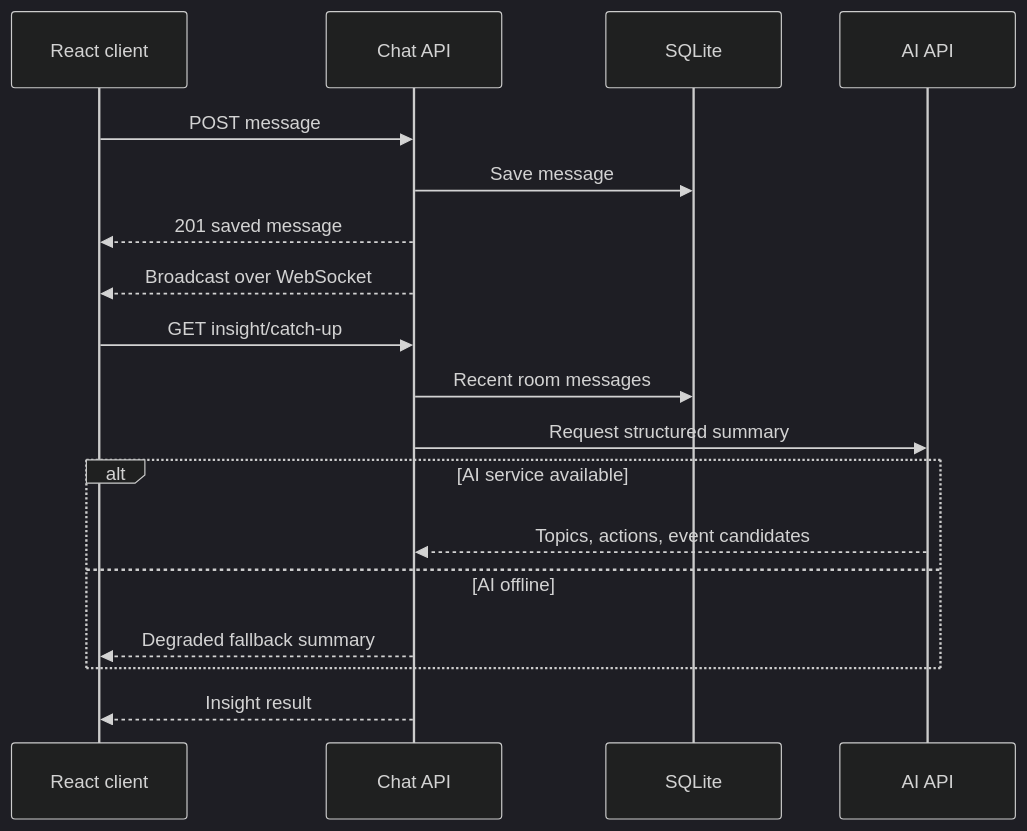
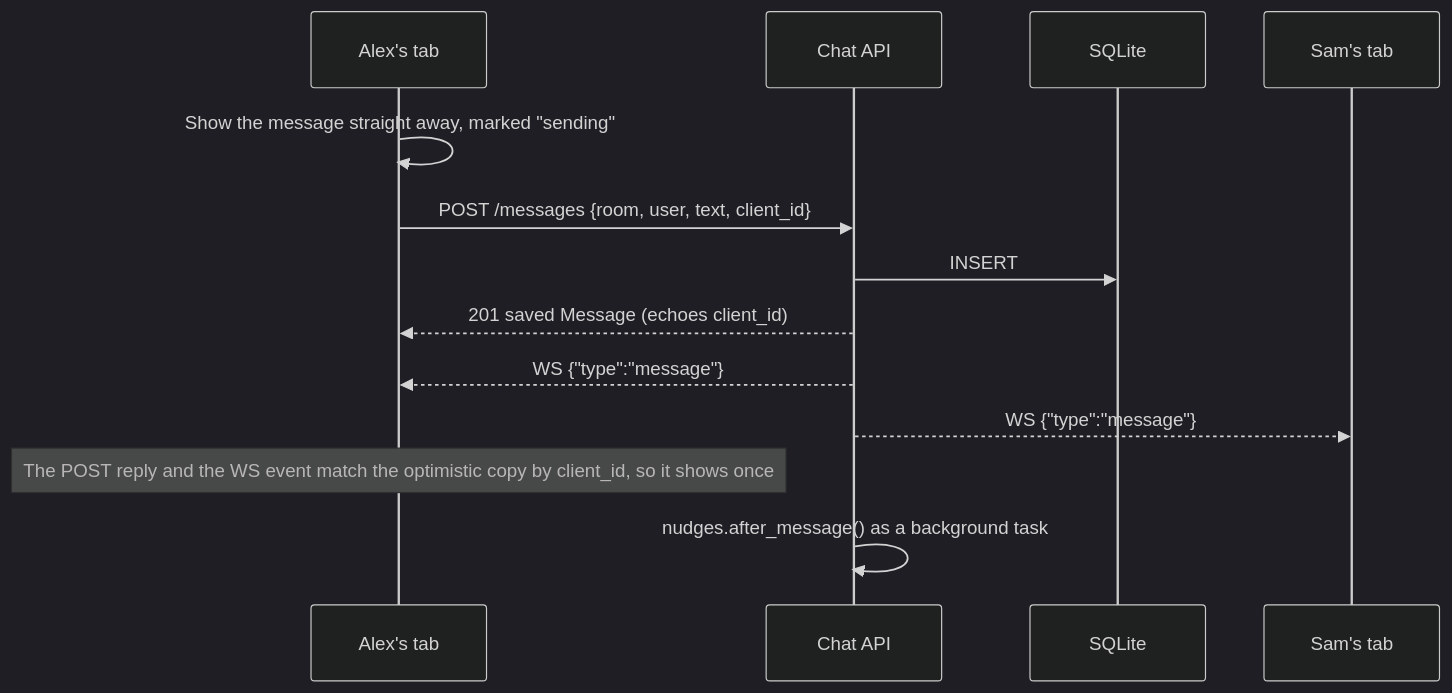
Before and after one commit to Prittstick22/ChatAI: the third of 4 diagrams in docs/ARCHITECTURE.md, drawn with Mermaid (dark theme). The commit also changed other lines of this file, not shown here.

First line of the commit message:
docs: architecture, privacy and scaling notes for the chat system

````diff
--- a/docs/ARCHITECTURE.md
+++ b/docs/ARCHITECTURE.md
@@ -37,20 +103,15 @@
 ```mermaid
 sequenceDiagram
- participant U as React client
- participant C as Chat API
- participant D as SQLite
- participant A as AI API
- U->>C: POST message
- C->>D: Save message
- C-->>U: 201 saved message
- C-->>U: Broadcast over WebSocket
- U->>C: GET insight/catch-up
- C->>D: Recent room messages
- C->>A: Request structured summary
- alt AI service available
- A-->>C: Topics, actions, event candidates
- else AI offline
- C-->>U: Degraded fallback summary
- end
- C-->>U: Insight result
+  participant A as Alex's tab
+  participant C as Chat API
+  participant D as SQLite
+  participant B as Sam's tab
+  A->>A: Show the message straight away, marked "sending"
+  A->>C: POST /messages {room, user, text, client_id}
+  C->>D: INSERT
+  C-->>A: 201 saved Message (echoes client_id)
+  C-->>A: WS {"type":"message"}
+  C-->>B: WS {"type":"message"}
+  Note over A: The POST reply and the WS event match the optimistic copy by client_id, so it shows once
+  C->>C: nudges.after_message() as a background task
 ```
````
